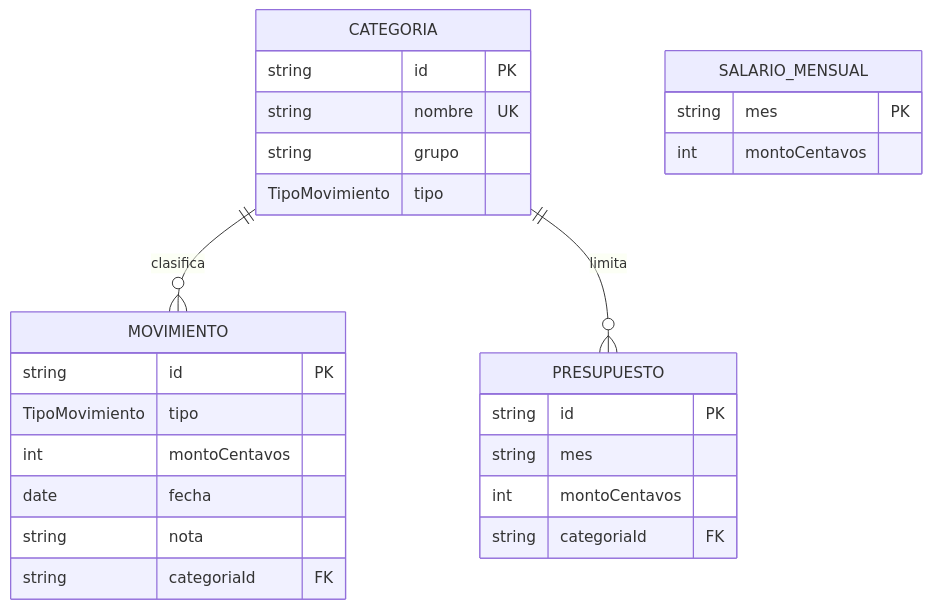
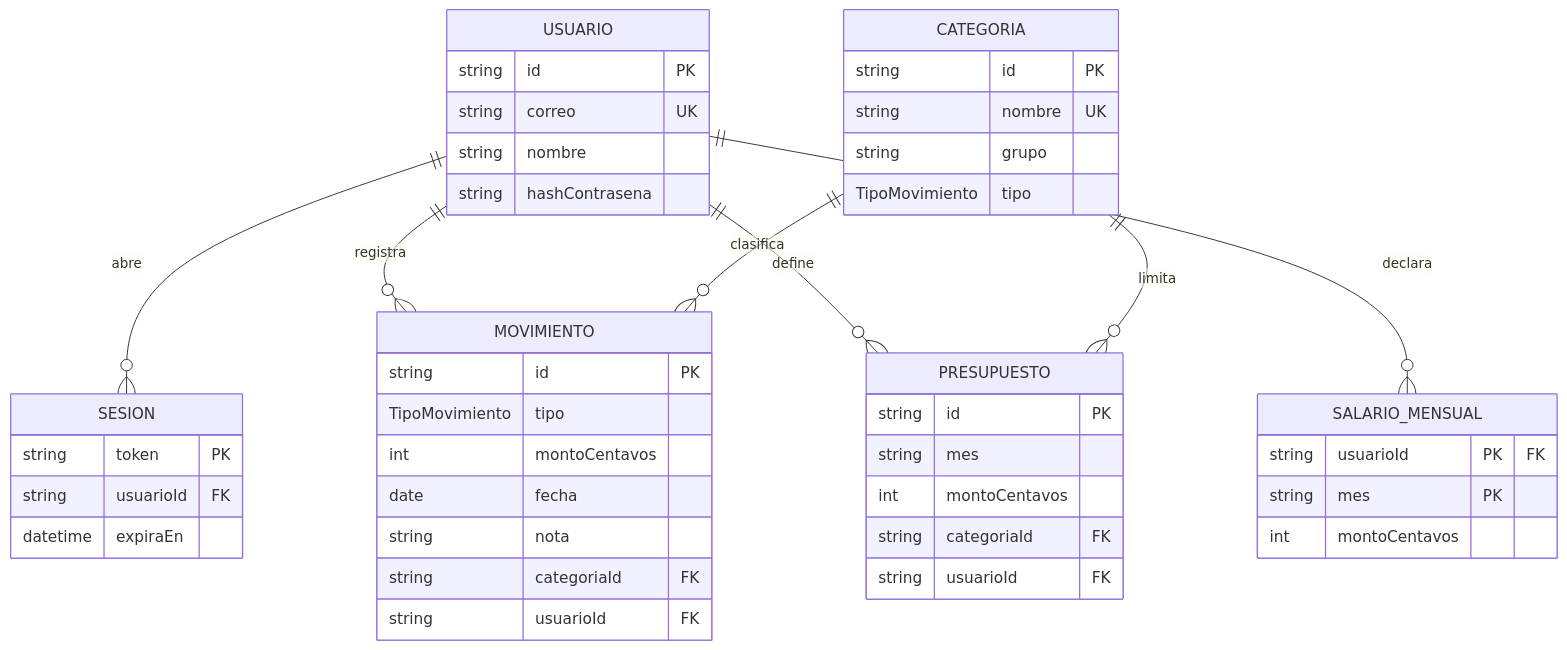
Before and after one commit to I4AN/centavo: the second of 2 diagrams in README.md, drawn with Mermaid. The commit also changed other lines of this file and 18 other files, not shown here.

````diff
--- a/README.md
+++ b/README.md
@@ -58,30 +61,48 @@
 ```mermaid
 erDiagram
+  USUARIO ||--o{ SESION : abre
+  USUARIO ||--o{ MOVIMIENTO : registra
+  USUARIO ||--o{ PRESUPUESTO : define
+  USUARIO ||--o{ SALARIO_MENSUAL : declara
   CATEGORIA ||--o{ MOVIMIENTO : clasifica
   CATEGORIA ||--o{ PRESUPUESTO : limita
 
+  USUARIO {
+    string id PK
+    string correo UK
+    string nombre
+    string hashContrasena
+  }
+  SESION {
+    string token PK
+    string usuarioId FK
+    datetime expiraEn
+  }
   CATEGORIA {
     string id PK
     string nombre UK
     string grupo
     TipoMovimiento tipo
   }
   MOVIMIENTO {
     string id PK
     TipoMovimiento tipo
     int montoCentavos
     date fecha
     string nota
     string categoriaId FK
+    string usuarioId FK
   }
   PRESUPUESTO {
     string id PK
     string mes
     int montoCentavos
     string categoriaId FK
+    string usuarioId FK
   }
   SALARIO_MENSUAL {
+    string usuarioId PK "FK"
     string mes PK
     int montoCentavos
   }
 ```
````
